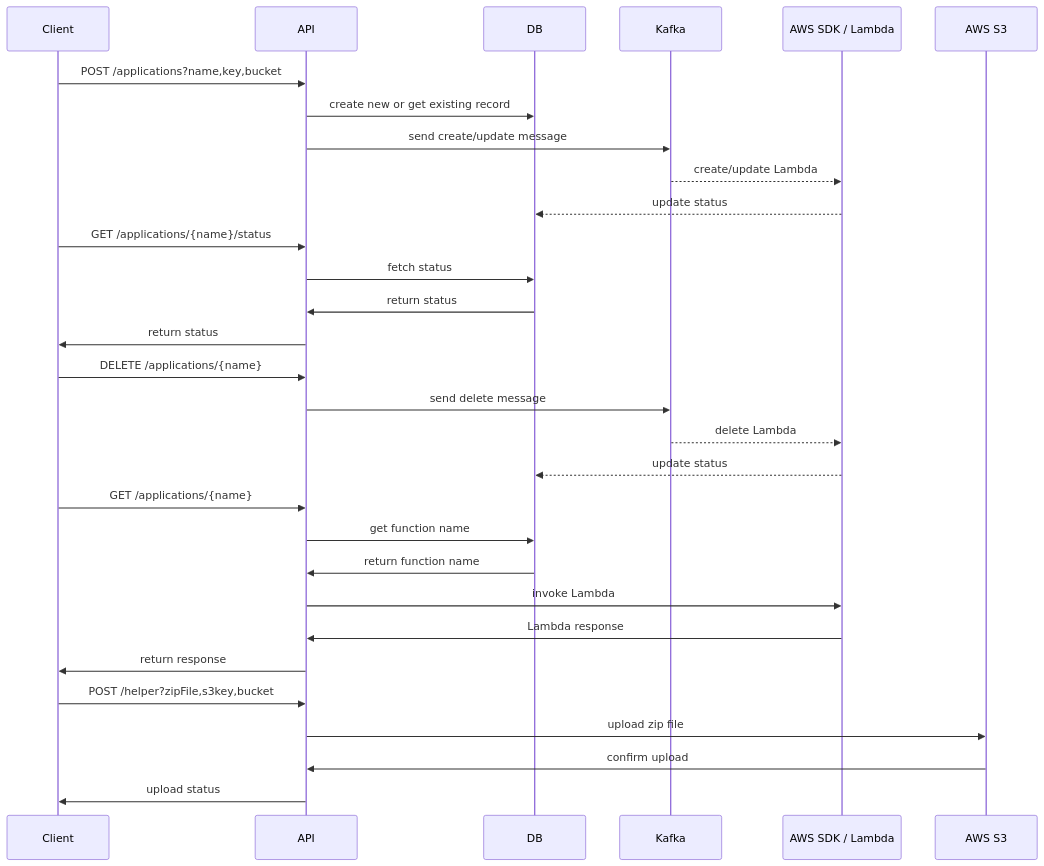
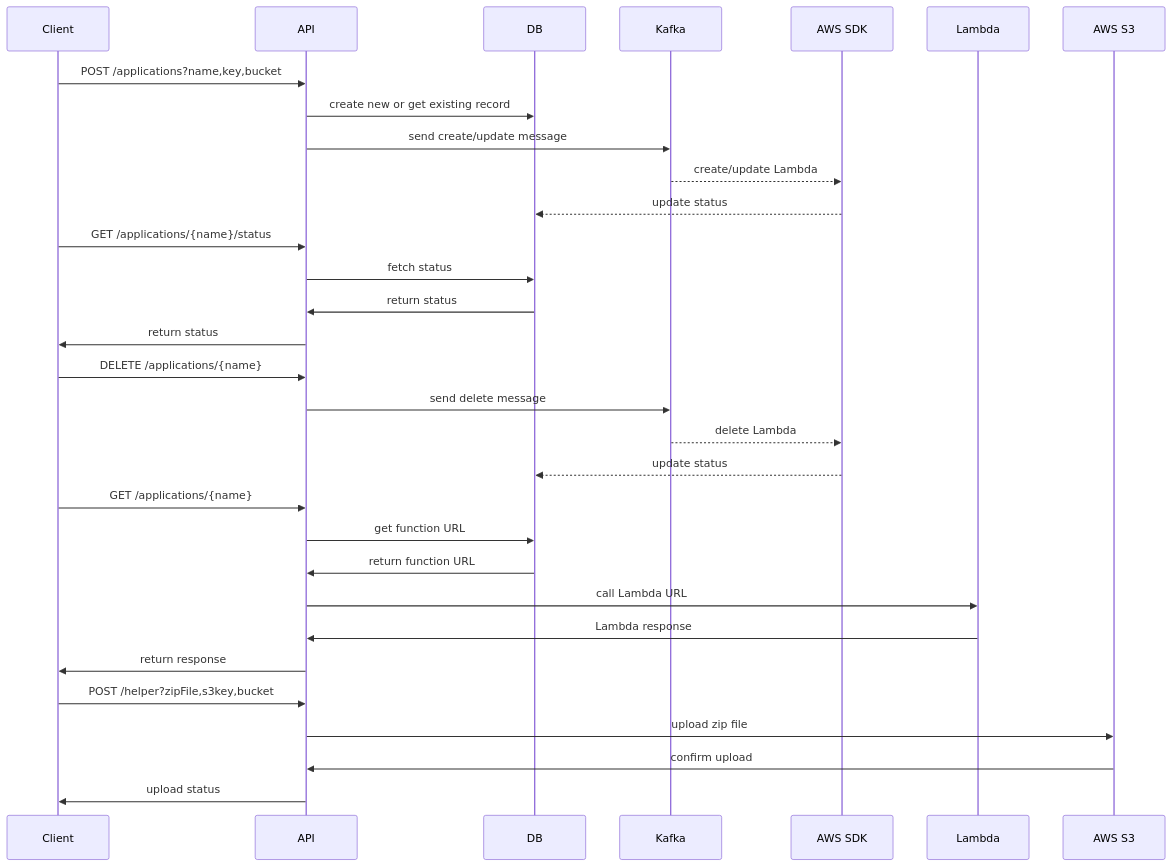
The first of 2 diagrams in README.md (sergei-vorobev-personal/deploymentmanager), drawn with Mermaid before and after one commit.

````diff
--- a/README.md
+++ b/README.md
@@ -13,41 +13,37 @@
 ```mermaid
 sequenceDiagram
-    participant Client
-    participant API
-    participant DB
-    participant Kafka
-    participant LambdaSDK as AWS SDK / Lambda
-     
-    %% 1) Create or update application
-    Client->>API: POST /applications?name,key,bucket
-    API->>DB: create new or get existing record
-    API->>Kafka: send create/update message
-    Kafka-->>LambdaSDK: create/update Lambda
-    LambdaSDK-->>DB: update status
-
-    %% 2) Get application status
-    Client->>API: GET /applications/{name}/status
-    API->>DB: fetch status
-    DB->>API: return status
-    API->>Client: return status
-
-    %% 3) Delete application
-    Client->>API: DELETE /applications/{name}
-    API->>Kafka: send delete message
-    Kafka-->>LambdaSDK: delete Lambda
-    LambdaSDK-->>DB: update status
-
-    %% 4) Invoke Lambda via API
-    Client->>API: GET /applications/{name}
-    API->>DB: get function name
-    DB->>API: return function name
-    API->>LambdaSDK: invoke Lambda
-    LambdaSDK->>API: Lambda response
-    API->>Client: return response
-
-    %% 5) Upload helper
-    Client->>API: POST /helper?zipFile,s3key,bucket
-    API->>AWS S3: upload zip file
-    AWS S3->>API: confirm upload
-    API->>Client: upload status
+  participant Client
+  participant API
+  participant DB
+  participant Kafka
+  participant AwsSDK as AWS SDK
+  participant Lambda
+%% 1) Create or update application
+  Client ->> API: POST /applications?name,key,bucket
+  API ->> DB: create new or get existing record
+  API ->> Kafka: send create/update message
+  Kafka -->> AwsSDK: create/update Lambda
+  AwsSDK -->> DB: update status
+%% 2) Get application status
+  Client ->> API: GET /applications/{name}/status
+  API ->> DB: fetch status
+  DB ->> API: return status
+  API ->> Client: return status
+%% 3) Delete application
+  Client ->> API: DELETE /applications/{name}
+  API ->> Kafka: send delete message
+  Kafka -->> AwsSDK: delete Lambda
+  AwsSDK -->> DB: update status
+%% 4) Invoke Lambda via API URL
+  Client ->> API: GET /applications/{name}
+  API ->> DB: get function URL
+  DB ->> API: return function URL
+  API ->> Lambda: call Lambda URL
+  Lambda ->> API: Lambda response
+  API ->> Client: return response
+%% 5) Upload helper
+  Client ->> API: POST /helper?zipFile,s3key,bucket
+  API ->> AWS S3: upload zip file
+  AWS S3 ->> API: confirm upload
+  API ->> Client: upload status
 ```
````
